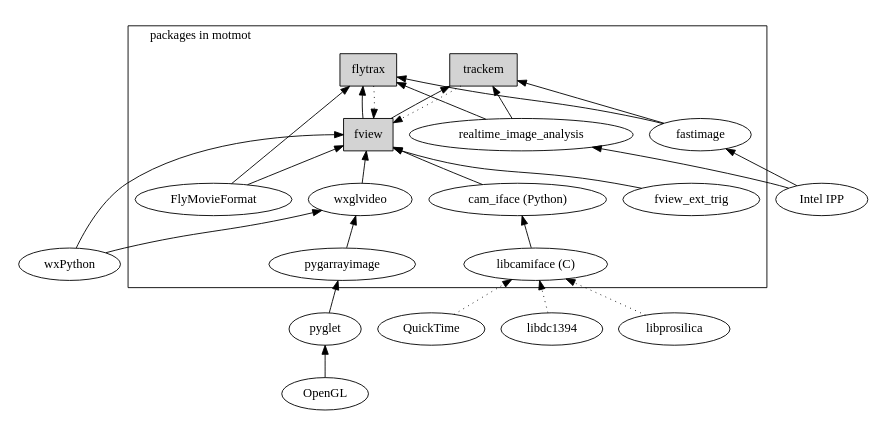
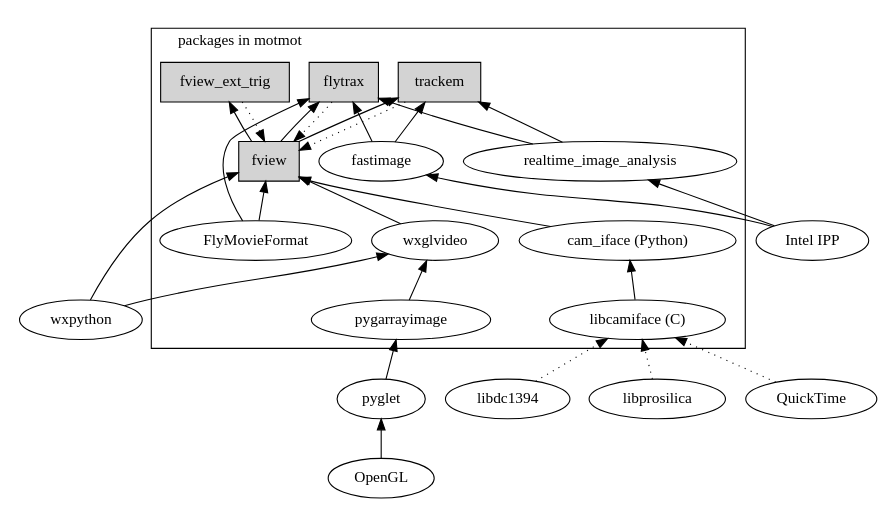
Before and after one commit to motmot/doc: the diagram in source/motmot.dot, drawn with Graphviz. The commit also changed 2 other files, not shown here.

Commit message:
doc updates: make graphviz figure have HTML image map

```diff
--- a/source/motmot.dot
+++ b/source/motmot.dot
@@ -1,51 +1,61 @@
 digraph G {
   size ="6,4";
   rankdir=BT;
   subgraph cluster0 {
     libcamiface -> cam_iface;
     cam_iface -> fview;
     fview -> flytrax;
-    fview_ext_trig -> fview;
+    fview -> fview_ext_trig;
+    fview_ext_trig -> fview [style=dotted];
     pygarrayimage -> wxglvideo;
     wxglvideo -> fview;
     realtime_image_analysis -> flytrax;
     fastimage -> flytrax;
     FlyMovieFormat -> fview;
     FlyMovieFormat -> flytrax;
     flytrax -> fview [style=dotted];
     fastimage -> trackem;
     realtime_image_analysis -> trackem;
     trackem -> fview [style=dotted];
     fview -> trackem;
     labelloc=b;
     labeljust=l;
     label = "packages in motmot";
   }
 
   quicktime -> libcamiface [style=dotted];
   libdc1394 -> libcamiface [style=dotted];
   libprosilica -> libcamiface [style=dotted];
   wxpython -> wxglvideo;
   wxpython -> fview;
   opengl -> pyglet;
   pyglet -> pygarrayimage;
   ipp -> realtime_image_analysis;
   ipp -> fastimage;
 
   libcamiface [label="libcamiface (C)"];
   cam_iface [label="cam_iface (Python)"];
 
-  quicktime [label="QuickTime"];
-  libdc1394 [label="libdc1394"];
-  libprosilica [label="libprosilica"];
-  ipp [label="Framewave or Intel IPP"];
-  ipp [label="Intel IPP"];
+  quicktime [label="QuickTime", URL="http://www.apple.com/quicktime/"];
+  libdc1394 [label="libdc1394", 
+             URL="http://damien.douxchamps.net/ieee1394/libdc1394/"];
+  libprosilica [label="libprosilica",
+                URL="http://www.prosilica.com/"];
+  ipp [label="Intel IPP", URL="http://intel.com/software/products/ipp"];
   opengl [label="OpenGL",
-          URL="http://opengl.org/",
-          tooltip="OpenGL plotting library"];
-  pyglet [label="pyglet"];
-  wxpython [label="wxPython"];
-  fview [shape=box,style=filled];
+          URL="http://opengl.org/"];
+  pyglet [URL="http://www.pyglet.org/"];
+  wxpython [URL="http://www.wxpython.org/"];
+
+  libcamiface [URL="file:///home/astraw/src/motmot/doc/build/html/libcamiface.html"];
+  cam_iface [URL="http://code.astraw.com/projects/motmot/cam_iface.html"]
+  fview [shape=box,style=filled,
+         URL="http://code.astraw.com/projects/motmot/fview.html"];
   trackem [shape=box,style=filled];
   flytrax [shape=box,style=filled];
+  fview_ext_trig [shape=box,style=filled,
+              URL="http://code.astraw.com/projects/motmot/fview_ext_trig.html"];
+  wxglvideo [URL="http://code.astraw.com/projects/motmot/wxglvideo.html"];
+  pygarrayimage [URL="http://code.astraw.com/projects/motmot/pygarrayimage.html"];
+  flytrax [URL="http://code.astraw.com/projects/motmot/flytrax.html"];
 }
```
